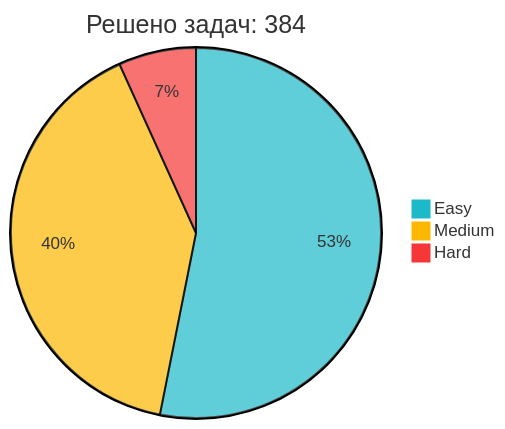
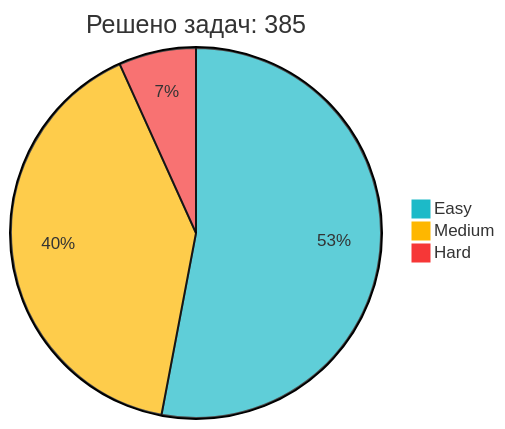
Before and after one commit to IliaKurdukov/IliaKurdukov: the diagram in README.md, drawn with Mermaid. The commit also changed other lines of this file, not shown here.

Commit message:
📈 Обновление статистики LeetCode

````diff
--- a/README.md
+++ b/README.md
@@ -51,7 +51,7 @@
 ```mermaid
 %%{init: {'theme': 'base', 'themeVariables': { 'pie1': '#1CBAC8', 'pie2': '#FEB700', 'pie3': '#F63737' }, 'config': {'width': 300, 'height': 200}}}%%
-pie title Решено задач: 384
+pie title Решено задач: 385
    "Easy" : 204
-   "Medium" : 154
+   "Medium" : 155
    "Hard" : 26
 ```
````
